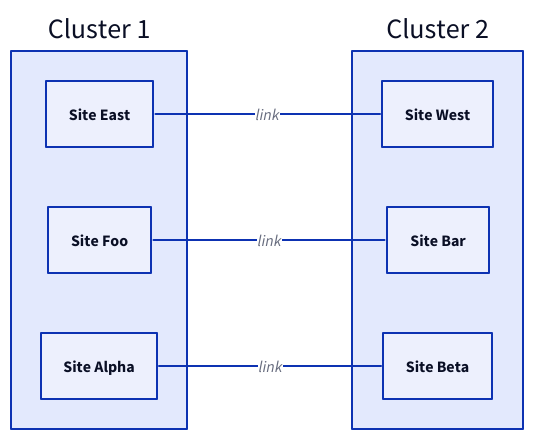
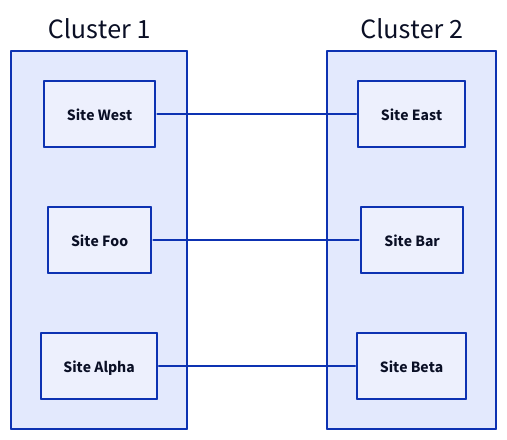
Before and after one commit to skupperproject/refdog: the diagram in input/concepts/images/network-3.d2, drawn with D2. The commit also changed 7 other files, not shown here.

```diff
--- a/input/concepts/images/network-3.d2
+++ b/input/concepts/images/network-3.d2
@@ -1,7 +1,7 @@
 direction: right
 
-Cluster 1.Site East -- Cluster 2.Site West: link
+Cluster 1.Site West -- Cluster 2.Site East
 
-Cluster 1.Site Foo -- Cluster 2.Site Bar: link
+Cluster 1.Site Foo -- Cluster 2.Site Bar
 
-Cluster 1.Site Alpha -- Cluster 2.Site Beta: link
+Cluster 1.Site Alpha -- Cluster 2.Site Beta
```
